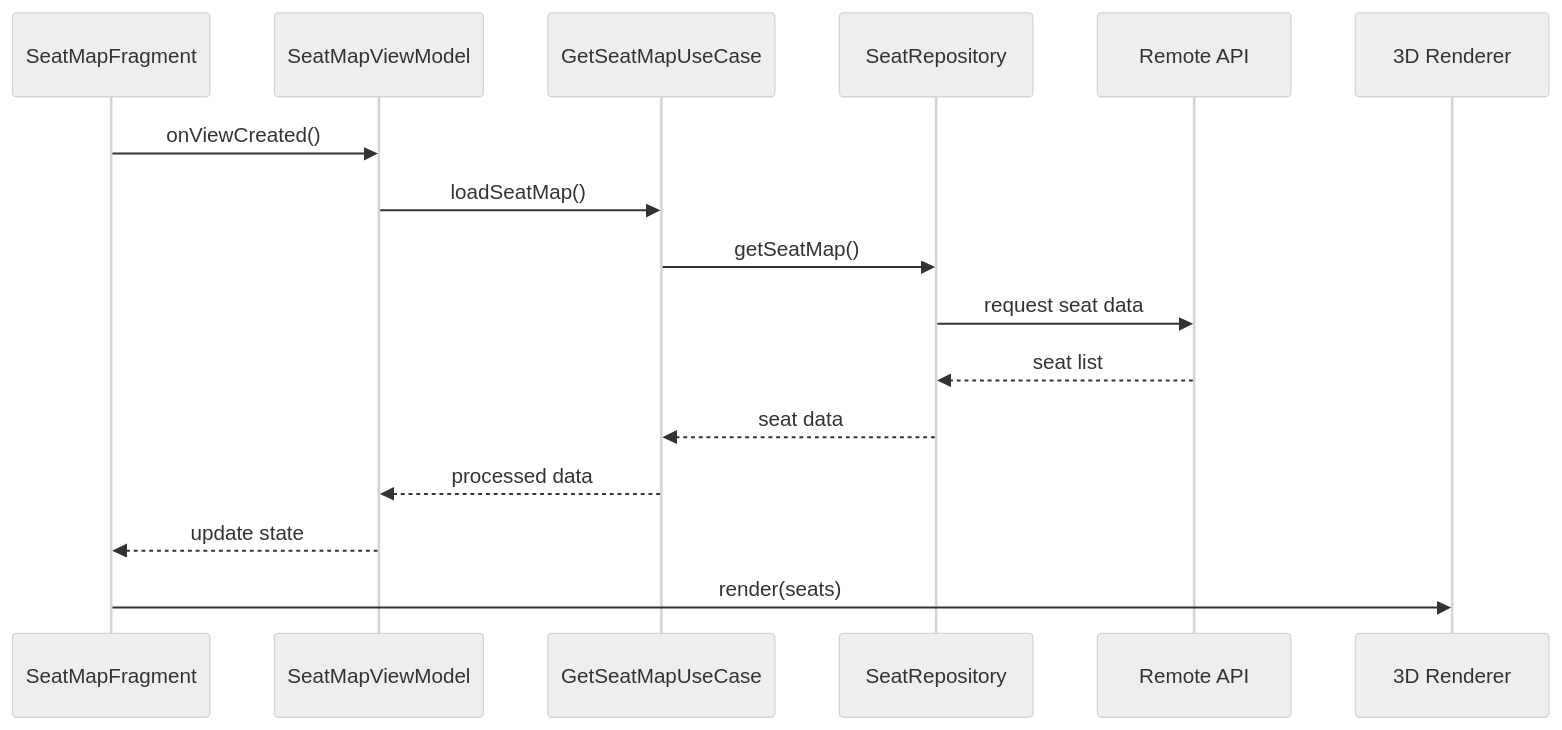
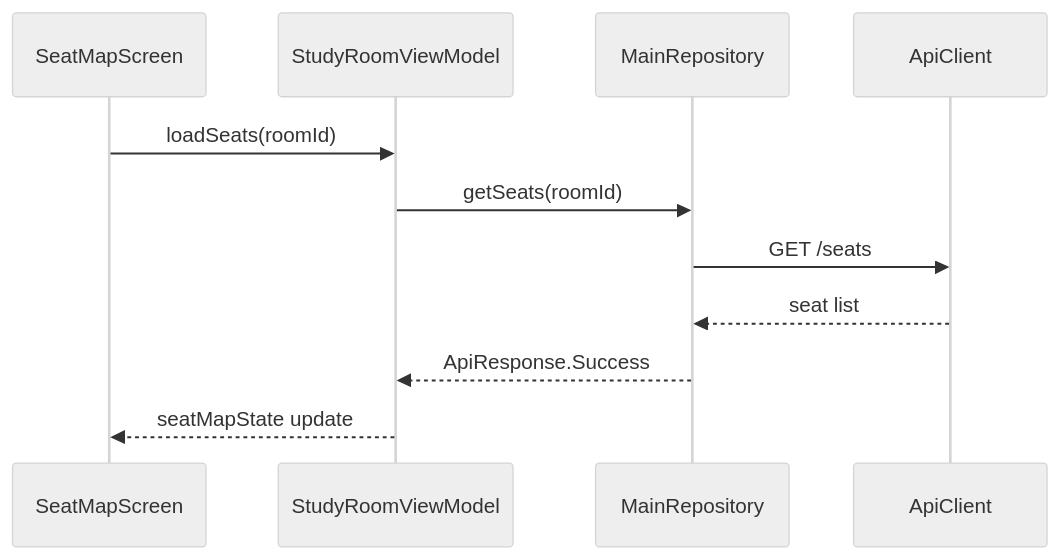
Before and after one commit to yu086868-ui/iStudySpot: the third of 6 diagrams in frontend/Android/docs/architecture.md, drawn with Mermaid (neutral theme). The commit also changed other lines of this file and 25 other files, not shown here.

````diff
--- a/frontend/Android/docs/architecture.md
+++ b/frontend/Android/docs/architecture.md
@@ -442,23 +191,14 @@
 ```mermaid
 sequenceDiagram
+    participant UI as SeatMapScreen
+    participant VM as StudyRoomViewModel
+    participant Repo as MainRepository
+    participant API as ApiClient
 
-participant UI as SeatMapFragment
-participant VM as SeatMapViewModel
-participant UC as GetSeatMapUseCase
-participant Repo as SeatRepository
-participant Remote as Remote API
-participant Renderer as 3D Renderer
-
-UI->>VM: onViewCreated()
-VM->>UC: loadSeatMap()
-
-UC->>Repo: getSeatMap()
-Repo->>Remote: request seat data
-Remote-->>Repo: seat list
-
-Repo-->>UC: seat data
-UC-->>VM: processed data
-
-VM-->>UI: update state
-UI->>Renderer: render(seats)
+    UI->>VM: loadSeats(roomId)
+    VM->>Repo: getSeats(roomId)
+    Repo->>API: GET /seats
+    API-->>Repo: seat list
+    Repo-->>VM: ApiResponse.Success
+    VM-->>UI: seatMapState update
 ```
````
